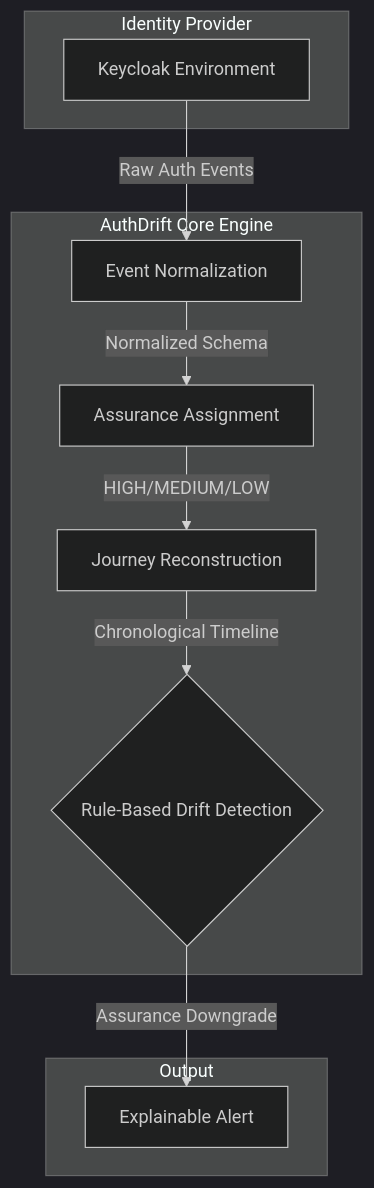
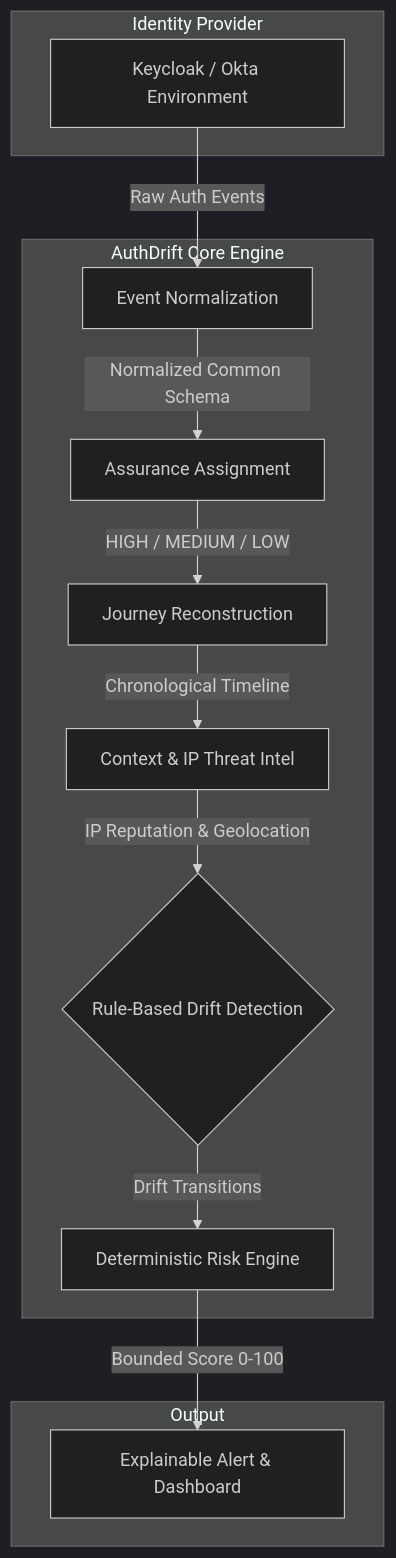
The first of 2 diagrams in README.md (balaa1407/AuthnDrift), drawn with Mermaid (dark theme) before and after one commit. The commit also changed other lines of this file and 34 other files, not shown here.

First line of the commit message:
feat(threat-intel-devops): integrate AbuseIPDB threat intelligence, containerization, and detection upgrades

````diff
--- a/README.md
+++ b/README.md
@@ -15,23 +17,27 @@
 ```mermaid
 graph TD
     subgraph Identity Provider
-        A[Keycloak Environment]
+        A[Keycloak / Okta Environment]
     end
     
     subgraph AuthDrift Core Engine
         B[Event Normalization]
         C[Assurance Assignment]
         D[Journey Reconstruction]
-        E{Rule-Based Drift Detection}
+        E[Context & IP Threat Intel]
+        F{Rule-Based Drift Detection}
+        G[Deterministic Risk Engine]
     end
     
     subgraph Output
-        F[Explainable Alert]
+        H[Explainable Alert & Dashboard]
     end
 
     A -->|Raw Auth Events| B
-    B -->|Normalized Schema| C
-    C -->|HIGH/MEDIUM/LOW| D
+    B -->|Normalized Common Schema| C
+    C -->|HIGH / MEDIUM / LOW| D
     D -->|Chronological Timeline| E
-    E -->|Assurance Downgrade| F
+    E -->|IP Reputation & Geolocation| F
+    F -->|Drift Transitions| G
+    G -->|Bounded Score 0-100| H
 ```
````
